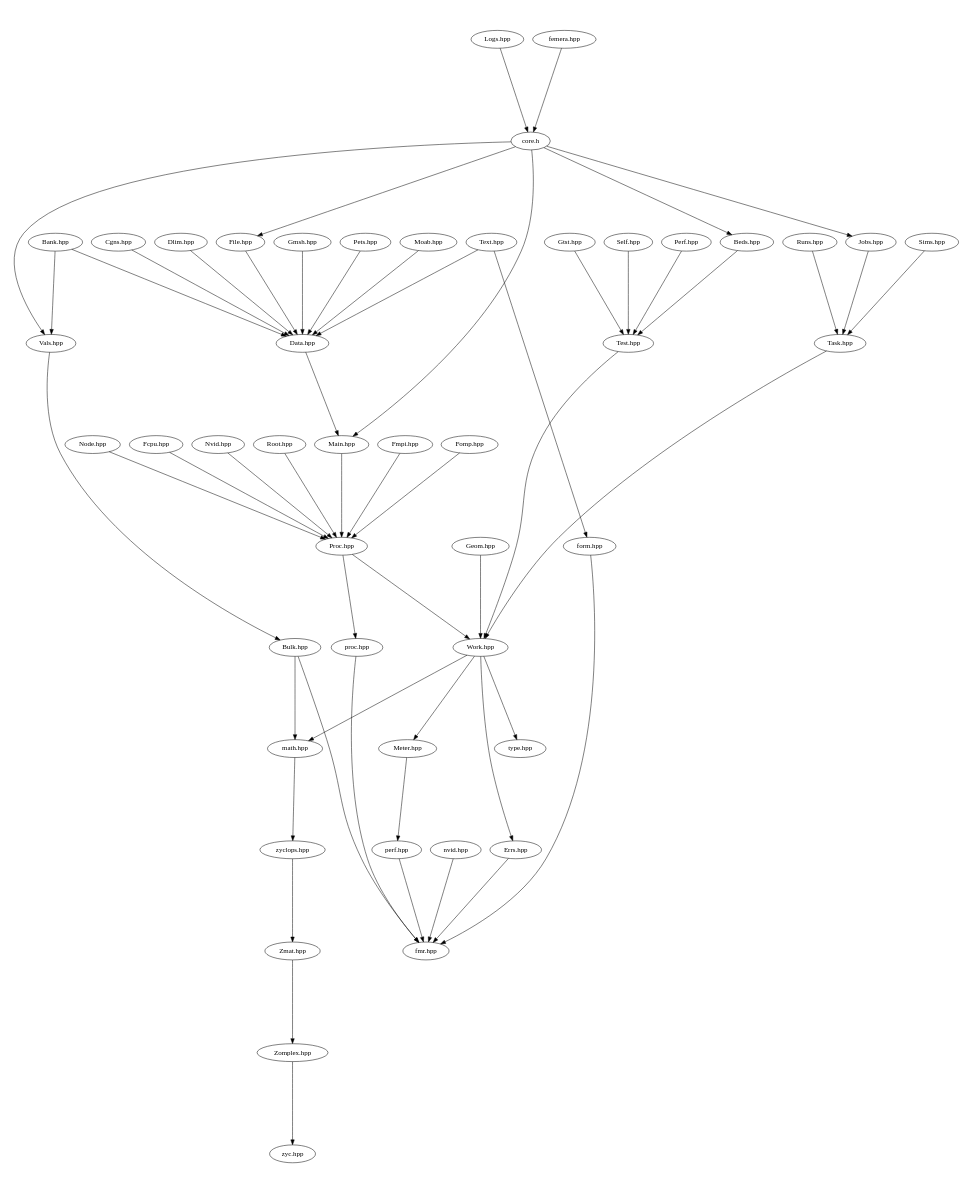
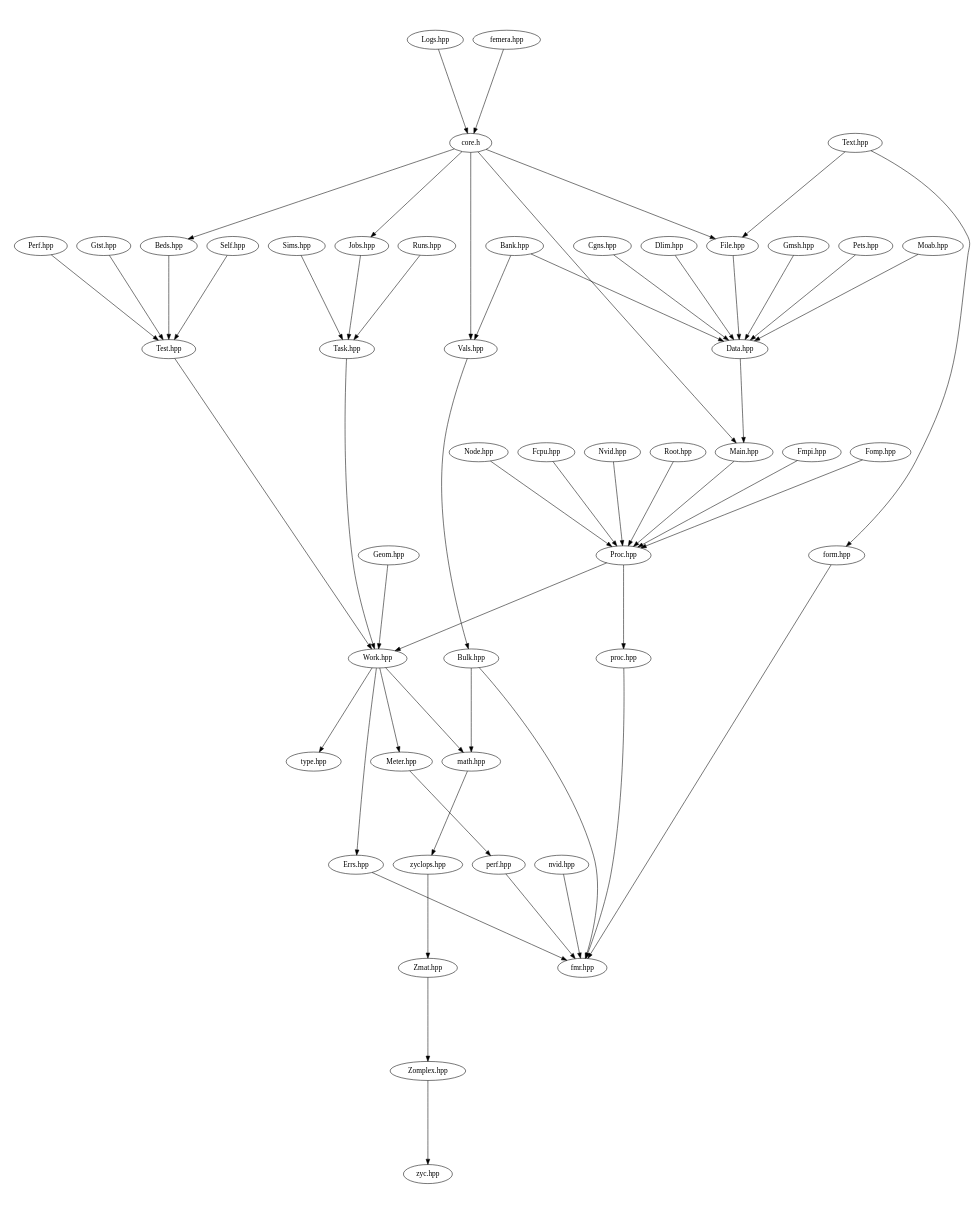
One commit to waggyz/femera-mini-app changed the diagram in src/docs/src-headers.dot. Above: the diagram before and after it, drawn with Graphviz. The commit also changed 11 other files, not shown here.

```diff
--- a/src/docs/src-headers.dot
+++ b/src/docs/src-headers.dot
@@ -1,62 +1,62 @@
 digraph "source tree" {
     overlap=scale;
     size="8,10";
     ratio="fill";
     fontsize="16";
     fontname="Helvetica";
 	clusterrank="local";
 	"Zmat.hpp" -> "Zomplex.hpp"
 	"Meter.hpp" -> "perf.hpp"
 	"Work.hpp" -> "Errs.hpp"
 	"Proc.hpp" -> "proc.hpp"
 	"Nvid.hpp" -> "Proc.hpp"
 	"Root.hpp" -> "Proc.hpp"
 	"Perf.hpp" -> "Test.hpp"
 	"core.h" -> "Main.hpp"
 	"nvid.hpp" -> "fmr.hpp"
 	"perf.hpp" -> "fmr.hpp"
 	"Work.hpp" -> "math.hpp"
 	"Bulk.hpp" -> "math.hpp"
 	"Fmpi.hpp" -> "Proc.hpp"
 	"Test.hpp" -> "Work.hpp"
 	"Fomp.hpp" -> "Proc.hpp"
 	"Data.hpp" -> "Main.hpp"
 	"zyclops.hpp" -> "Zmat.hpp"
 	"Text.hpp" -> "form.hpp"
 	"core.h" -> "Beds.hpp"
 	"Errs.hpp" -> "fmr.hpp"
 	"Task.hpp" -> "Work.hpp"
 	"Gmsh.hpp" -> "Data.hpp"
 	"Node.hpp" -> "Proc.hpp"
 	"Geom.hpp" -> "Work.hpp"
 	"File.hpp" -> "Data.hpp"
 	"Vals.hpp" -> "Bulk.hpp"
 	"core.h" -> "Vals.hpp"
 	"Beds.hpp" -> "Test.hpp"
 	"form.hpp" -> "fmr.hpp"
 	"Gtst.hpp" -> "Test.hpp"
 	"Work.hpp" -> "Meter.hpp"
 	"Runs.hpp" -> "Task.hpp"
+	"Text.hpp" -> "File.hpp"
 	"proc.hpp" -> "fmr.hpp"
 	"math.hpp" -> "zyclops.hpp"
 	"Pets.hpp" -> "Data.hpp"
-	"Text.hpp" -> "Data.hpp"
 	"Logs.hpp" -> "core.h"
 	"Work.hpp" -> "type.hpp"
 	"Fcpu.hpp" -> "Proc.hpp"
 	"Moab.hpp" -> "Data.hpp"
 	"Cgns.hpp" -> "Data.hpp"
 	"core.h" -> "File.hpp"
 	"Bulk.hpp" -> "fmr.hpp"
 	"Self.hpp" -> "Test.hpp"
 	"core.h" -> "Jobs.hpp"
 	"Bank.hpp" -> "Vals.hpp"
 	"Zomplex.hpp" -> "zyc.hpp"
 	"Proc.hpp" -> "Work.hpp"
 	"Sims.hpp" -> "Task.hpp"
 	"femera.hpp" -> "core.h"
 	"Bank.hpp" -> "Data.hpp"
 	"Dlim.hpp" -> "Data.hpp"
 	"Main.hpp" -> "Proc.hpp"
 	"Jobs.hpp" -> "Task.hpp"
 }
```
